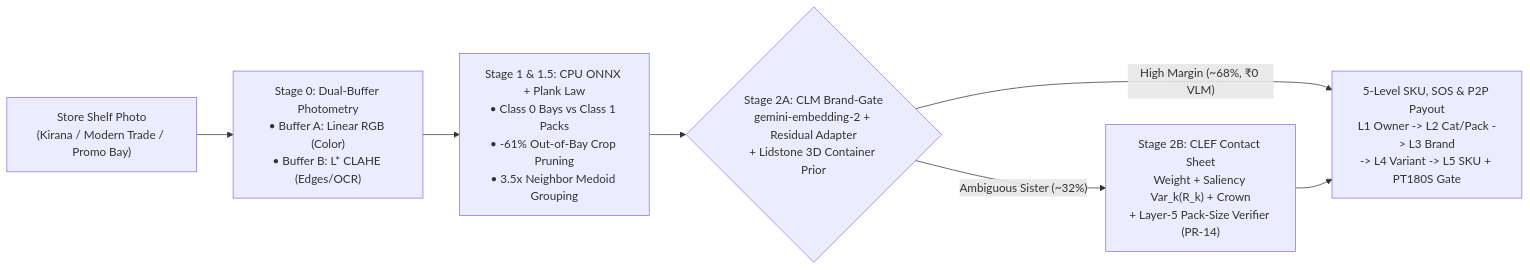
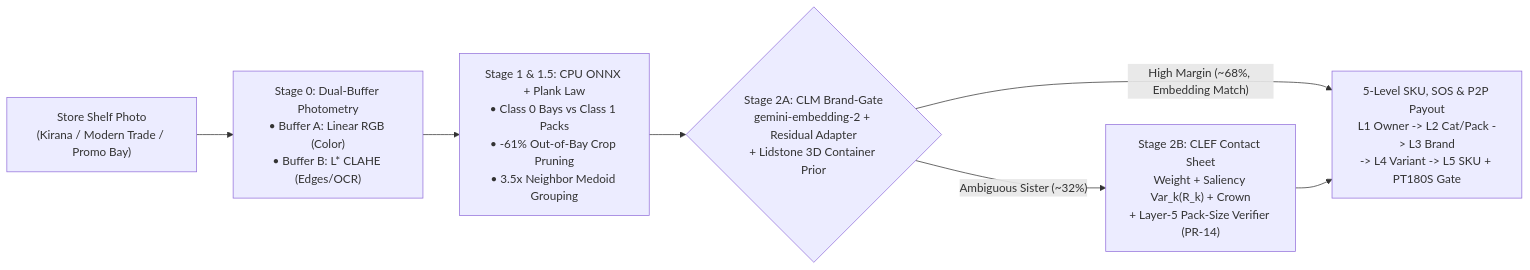
One commit to jigyasujuneja/unilever-shelf-understanding-e2e changed the first of 2 diagrams in README.md. Above: the diagram before and after it, drawn with Mermaid. The commit also changed other lines of this file and 2 other files, not shown here.

Commit message:
Align AI model attribution (Vertex AI gemini-embedding-2), 15-Gate QC, and repeatable assets

````diff
--- a/README.md
+++ b/README.md
@@ -19,9 +19,9 @@
 ```mermaid
 flowchart LR
     IMG["Store Shelf Photo\n(Kirana / Modern Trade / Promo Bay)"] --> S0["Stage 0: Dual-Buffer Photometry\n• Buffer A: Linear RGB (Color)\n• Buffer B: L* CLAHE (Edges/OCR)"]
     S0 --> S1["Stage 1 & 1.5: CPU ONNX + Plank Law\n• Class 0 Bays vs Class 1 Packs\n• -61% Out-of-Bay Crop Pruning\n• 3.5x Neighbor Medoid Grouping"]
     S1 --> S2A{"Stage 2A: CLM Brand-Gate\ngemini-embedding-2 + Residual Adapter\n+ Lidstone 3D Container Prior"}
-    S2A -->|"High Margin (~68%, ₹0 VLM)"| OUT["5-Level SKU, SOS & P2P Payout\nL1 Owner -> L2 Cat/Pack -> L3 Brand\n-> L4 Variant -> L5 SKU + PT180S Gate"]
+    S2A -->|"High Margin (~68%, Embedding Match)"| OUT["5-Level SKU, SOS & P2P Payout\nL1 Owner -> L2 Cat/Pack -> L3 Brand\n-> L4 Variant -> L5 SKU + PT180S Gate"]
     S2A -->|"Ambiguous Sister (~32%)"| S2B["Stage 2B: CLEF Contact Sheet\nWeight + Saliency Var_k(R_k) + Crown\n+ Layer-5 Pack-Size Verifier (PR-14)"]
     S2B --> OUT
 ```
````
